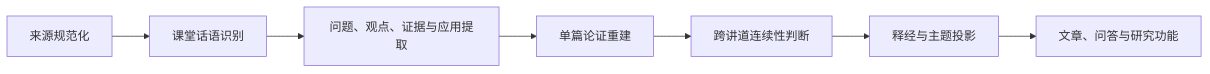
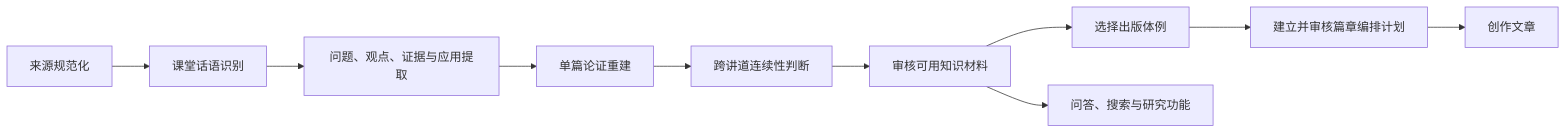
One commit to junyang168/smart-answer changed the eighth of 9 diagrams in docs/wang-knowledge-platform/knowledge_platform_design.md. Above: the diagram before and after it, drawn with Mermaid. The commit also changed other lines of this file and 100 other files, not shown here.

````diff
--- a/docs/wang-knowledge-platform/knowledge_platform_design.md
+++ b/docs/wang-knowledge-platform/knowledge_platform_design.md
@@ -275,9 +543,12 @@
 ```mermaid
 flowchart LR
     A["来源规范化"] --> B["课堂话语识别"]
     B --> C["问题、观点、证据与应用提取"]
     C --> D["单篇论证重建"]
     D --> E["跨讲道连续性判断"]
-    E --> F["释经与主题投影"]
-    F --> G["文章、问答与研究功能"]
+    E --> F["审核可用知识材料"]
+    F --> P["选择出版体例"]
+    P --> CP["建立并审核篇章编排计划"]
+    CP --> G["创作文章"]
+    F --> H["问答、搜索与研究功能"]
 ```
````
